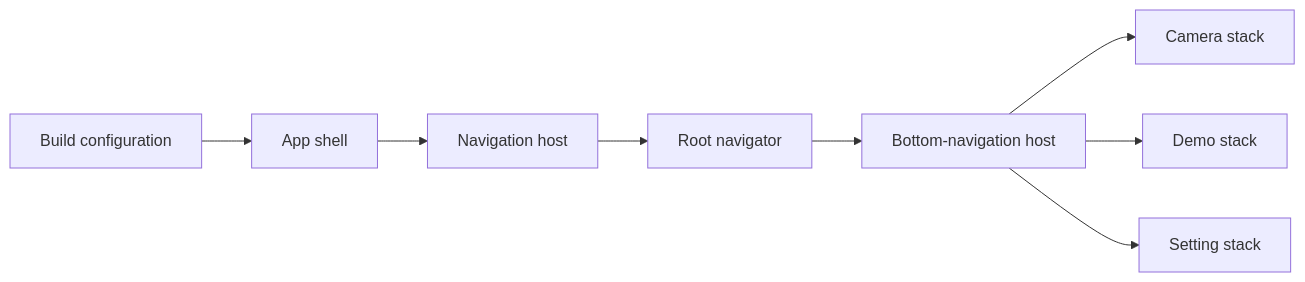
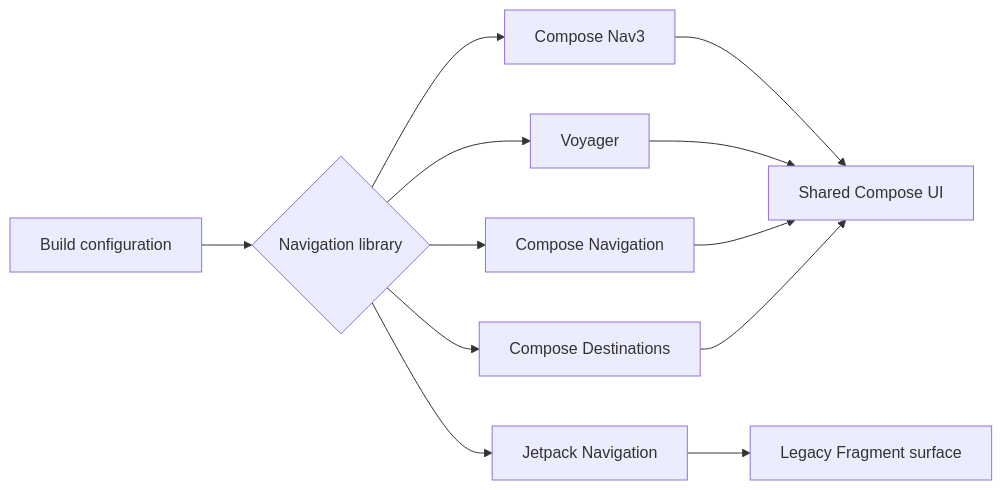
One commit to Velord/Velord changed the diagram in README.md. Above: the diagram before and after it, drawn with Mermaid. The commit also changed other lines of this file and 1 other file, not shown here.

Commit message:
Fix: distinguish five ComposeScreenExample navigation libraries

````diff
--- a/README.md
+++ b/README.md
@@ -141,10 +155,14 @@
 ```mermaid
 flowchart LR
-    Config[Build configuration] --> Shell[App shell]
-    Shell --> Host[Navigation host]
-    Host --> Root[Root navigator]
-    Root --> Tabs[Bottom-navigation host]
-    Tabs --> Camera[Camera stack]
-    Tabs --> Demo[Demo stack]
-    Tabs --> Settings[Setting stack]
+    Config[Build configuration] --> Library{Navigation library}
+    Library --> Nav3[Compose Nav3]
+    Library --> Voyager[Voyager]
+    Library --> ComposeNav[Compose Navigation]
+    Library --> Destinations[Compose Destinations]
+    Library --> Jetpack[Jetpack Navigation]
+    Nav3 --> Shared[Shared Compose UI]
+    Voyager --> Shared
+    ComposeNav --> Shared
+    Destinations --> Shared
+    Jetpack --> Fragment[Legacy Fragment surface]
 ```
````
